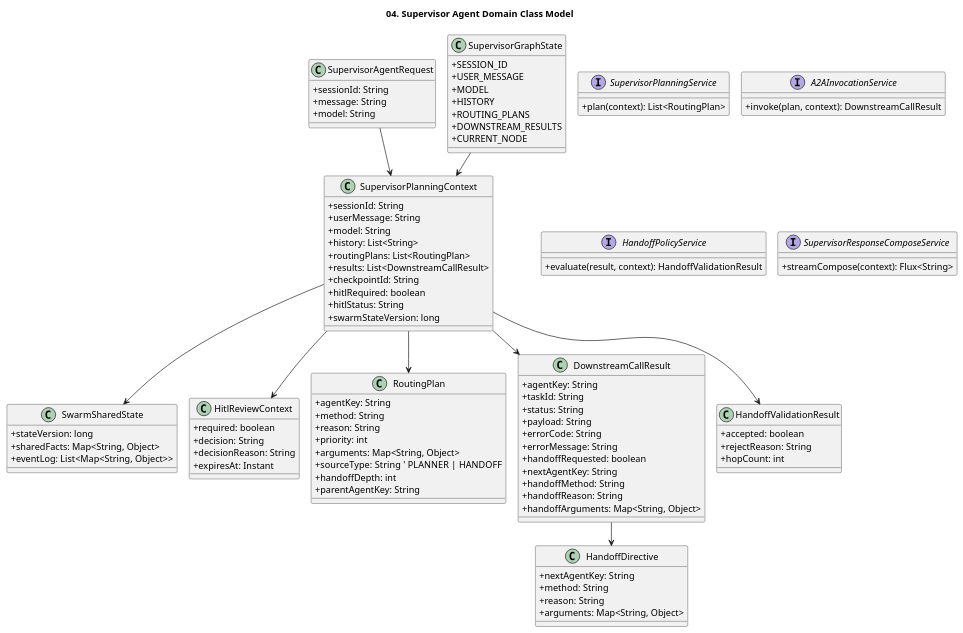
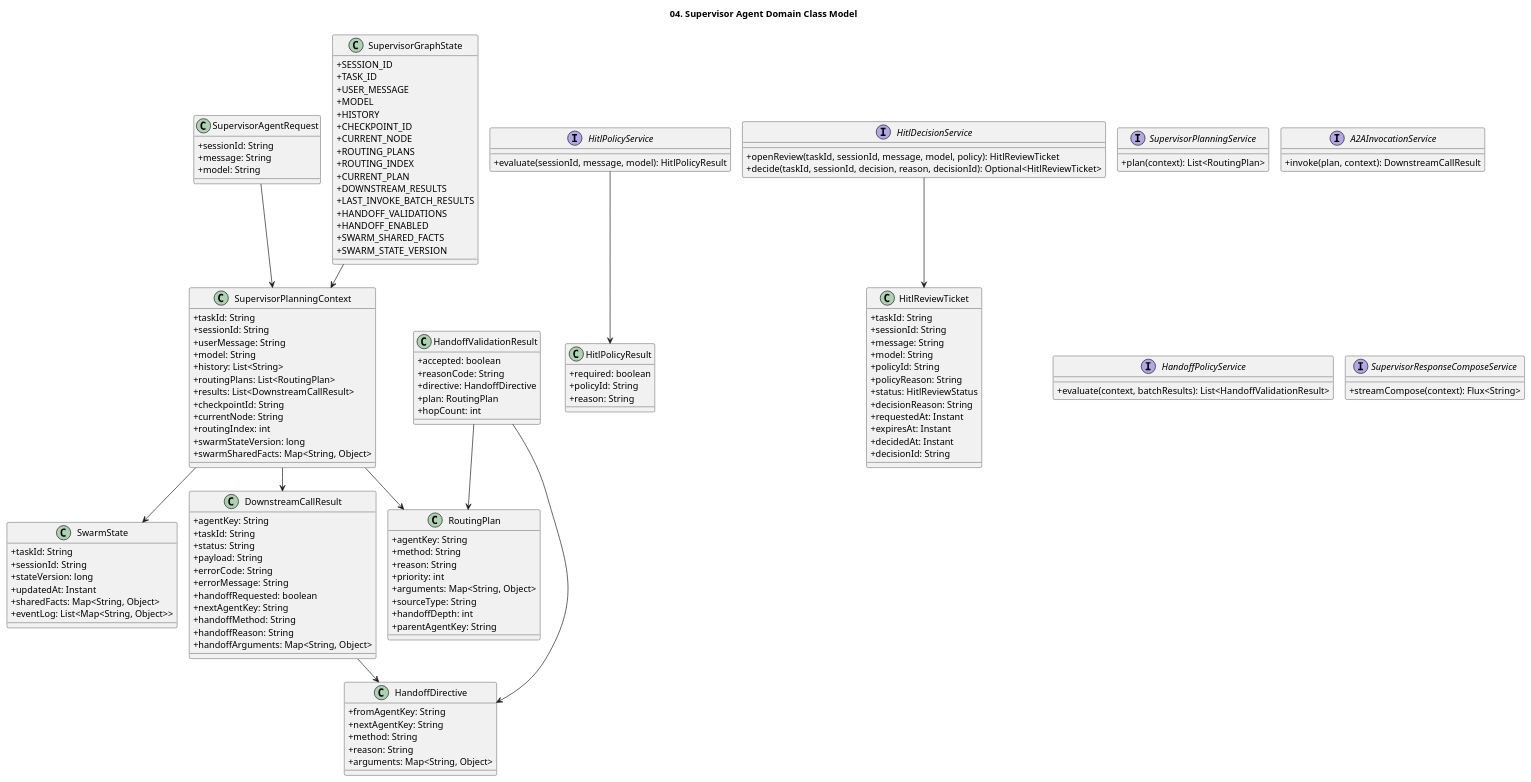
Before and after one commit to kim57uak/spring-ai: the diagram in documents/a2a-host_agent-architecture/04-domain-class-model.puml, drawn with PlantUML. The commit also changed 15 other files, not shown here.

```diff
--- a/documents/a2a-host_agent-architecture/04-domain-class-model.puml
+++ b/documents/a2a-host_agent-architecture/04-domain-class-model.puml
@@ -1,121 +1,154 @@
 @startuml
 !pragma layout smetana
 title 04. Supervisor Agent Domain Class Model
 
 skinparam shadowing false
 skinparam classAttributeIconSize 0
 
 class SupervisorAgentRequest {
   +sessionId: String
   +message: String
   +model: String
 }
 
 class SupervisorPlanningContext {
+  +taskId: String
   +sessionId: String
   +userMessage: String
   +model: String
   +history: List<String>
   +routingPlans: List<RoutingPlan>
   +results: List<DownstreamCallResult>
   +checkpointId: String
-  +hitlRequired: boolean
-  +hitlStatus: String
+  +currentNode: String
+  +routingIndex: int
   +swarmStateVersion: long
+  +swarmSharedFacts: Map<String, Object>
 }
 
-class SwarmSharedState {
+class SwarmState {
+  +taskId: String
+  +sessionId: String
   +stateVersion: long
+  +updatedAt: Instant
   +sharedFacts: Map<String, Object>
   +eventLog: List<Map<String, Object>>
 }
 
-class HitlReviewContext {
+class HitlPolicyResult {
   +required: boolean
-  +decision: String
+  +policyId: String
+  +reason: String
+}
+
+class HitlReviewTicket {
+  +taskId: String
+  +sessionId: String
+  +message: String
+  +model: String
+  +policyId: String
+  +policyReason: String
+  +status: HitlReviewStatus
   +decisionReason: String
+  +requestedAt: Instant
   +expiresAt: Instant
+  +decidedAt: Instant
+  +decisionId: String
 }
 
 class RoutingPlan {
   +agentKey: String
   +method: String
   +reason: String
   +priority: int
   +arguments: Map<String, Object>
-  +sourceType: String  ' PLANNER | HANDOFF
+  +sourceType: String
   +handoffDepth: int
   +parentAgentKey: String
 }
 
 class DownstreamCallResult {
   +agentKey: String
   +taskId: String
   +status: String
   +payload: String
   +errorCode: String
   +errorMessage: String
   +handoffRequested: boolean
   +nextAgentKey: String
   +handoffMethod: String
   +handoffReason: String
   +handoffArguments: Map<String, Object>
 }
 
 class HandoffDirective {
+  +fromAgentKey: String
   +nextAgentKey: String
   +method: String
   +reason: String
   +arguments: Map<String, Object>
 }
 
 class HandoffValidationResult {
   +accepted: boolean
-  +rejectReason: String
+  +reasonCode: String
+  +directive: HandoffDirective
+  +plan: RoutingPlan
   +hopCount: int
 }
 
 class SupervisorGraphState {
   +SESSION_ID
+  +TASK_ID
   +USER_MESSAGE
   +MODEL
   +HISTORY
+  +CHECKPOINT_ID
+  +CURRENT_NODE
   +ROUTING_PLANS
+  +ROUTING_INDEX
+  +CURRENT_PLAN
   +DOWNSTREAM_RESULTS
-  +CURRENT_NODE
+  +LAST_INVOKE_BATCH_RESULTS
+  +HANDOFF_VALIDATIONS
+  +HANDOFF_ENABLED
+  +SWARM_SHARED_FACTS
+  +SWARM_STATE_VERSION
+}
+
+interface HitlPolicyService {
+  +evaluate(sessionId, message, model): HitlPolicyResult
+}
+
+interface HitlDecisionService {
+  +openReview(taskId, sessionId, message, model, policy): HitlReviewTicket
+  +decide(taskId, sessionId, decision, reason, decisionId): Optional<HitlReviewTicket>
 }
 
 interface SupervisorPlanningService {
   +plan(context): List<RoutingPlan>
 }
 
 interface A2AInvocationService {
   +invoke(plan, context): DownstreamCallResult
 }
 
 interface HandoffPolicyService {
-  +evaluate(result, context): HandoffValidationResult
+  +evaluate(context, batchResults): List<HandoffValidationResult>
 }
 
 interface SupervisorResponseComposeService {
   +streamCompose(context): Flux<String>
 }
 
 SupervisorAgentRequest --> SupervisorPlanningContext
 SupervisorPlanningContext --> RoutingPlan
 SupervisorPlanningContext --> DownstreamCallResult
+SupervisorPlanningContext --> SwarmState
 DownstreamCallResult --> HandoffDirective
-SupervisorPlanningContext --> HandoffValidationResult
-SupervisorPlanningContext --> SwarmSharedState
-SupervisorPlanningContext --> HitlReviewContext
+HandoffValidationResult --> HandoffDirective
+HandoffValidationResult --> RoutingPlan
 SupervisorGraphState --> SupervisorPlanningContext
-
-' 2026-04-13 sync with doc 34
-' - add handoff domain objects and routing/result extensions
-' - handoff is feature-flagged and validated by policy service
-' 2026-04-12 sync with docs 30/31
-' - Scope: HITL decision limited to APPROVE/CANCEL in current phase
-' - Data mutation requests (create/update/delete) require mandatory HITL
-' - A2A compatibility mode keeps both legacy and v1.0 methods
-' - User profile input collection is deferred to next phase
+HitlPolicyService --> HitlPolicyResult
+HitlDecisionService --> HitlReviewTicket
 @enduml
```
